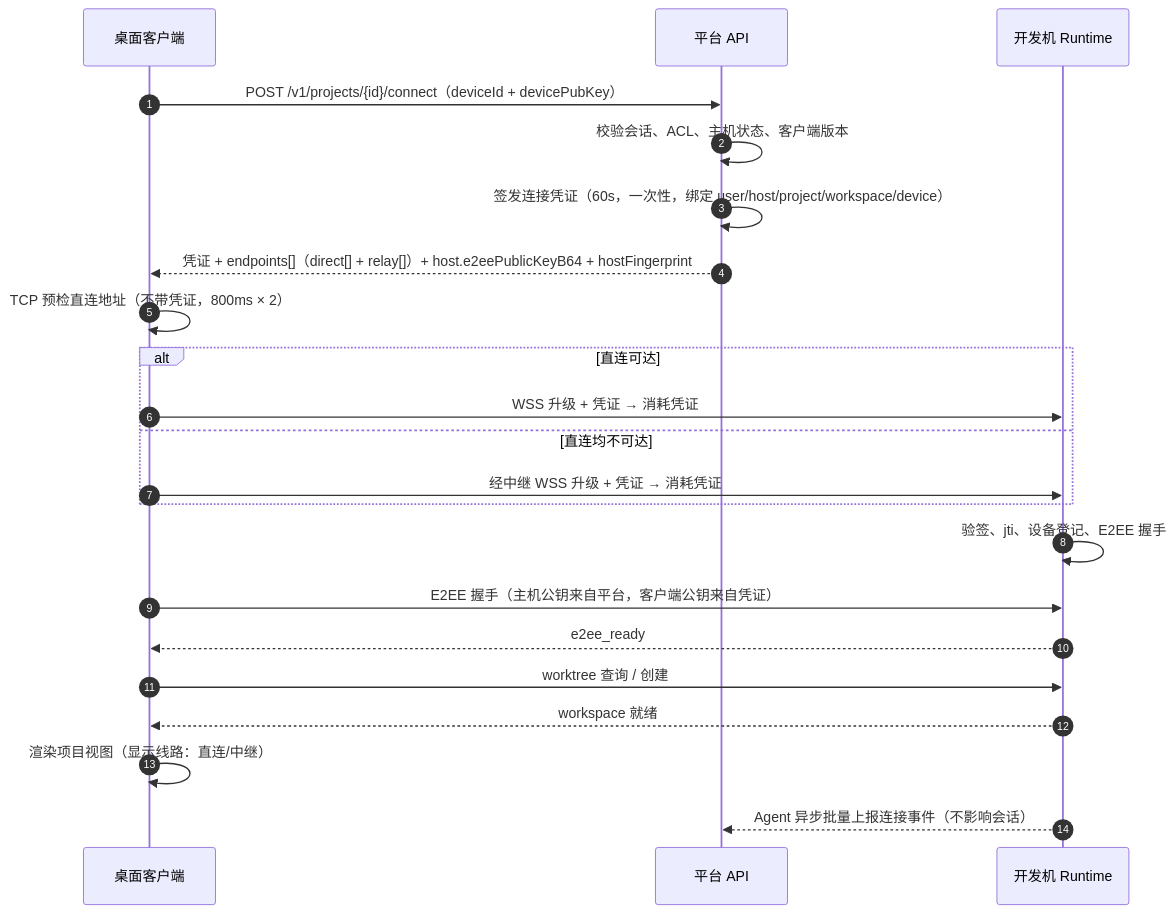
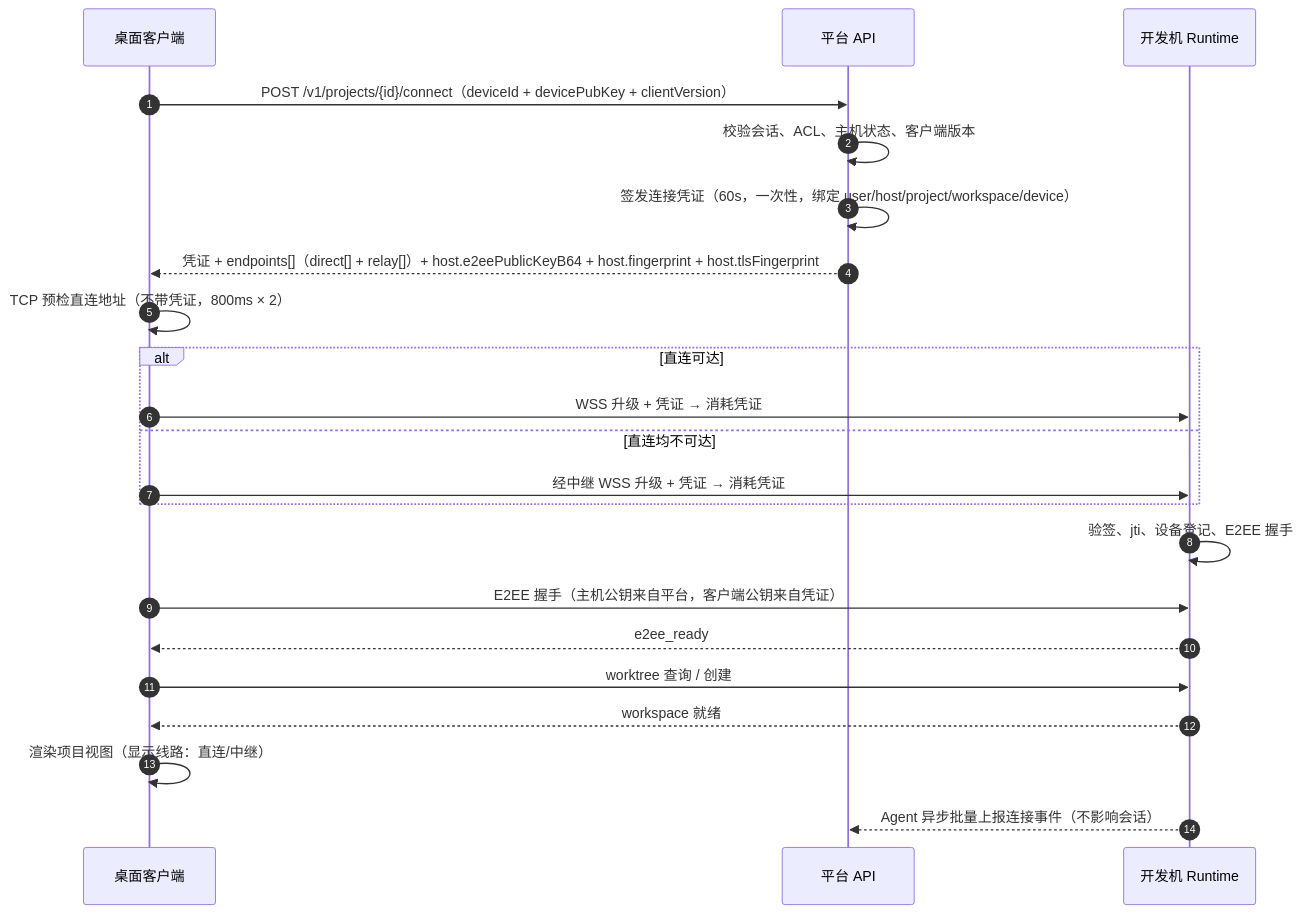
Before and after one commit to kylixs/orca: the fourth of 10 diagrams in remote-connectivity/design/2026-11-13-cloud-dev-platform/design.md, drawn with Mermaid. The commit also changed other lines of this file and 16 other files, not shown here.

````diff
--- a/remote-connectivity/design/2026-11-13-cloud-dev-platform/design.md
+++ b/remote-connectivity/design/2026-11-13-cloud-dev-platform/design.md
@@ -403,25 +404,25 @@
 ```mermaid
 sequenceDiagram
   autonumber
   participant C as 桌面客户端
   participant A as 平台 API
   participant H as 开发机 Runtime
 
-  C->>A: POST /v1/projects/{id}/connect（deviceId + devicePubKey）
+  C->>A: POST /v1/projects/{id}/connect（deviceId + devicePubKey + clientVersion）
   A->>A: 校验会话、ACL、主机状态、客户端版本
   A->>A: 签发连接凭证（60s，一次性，绑定 user/host/project/workspace/device）
-  A-->>C: 凭证 + endpoints[]（direct[] + relay[]）+ host.e2eePublicKeyB64 + hostFingerprint
+  A-->>C: 凭证 + endpoints[]（direct[] + relay[]）+ host.e2eePublicKeyB64 + host.fingerprint + host.tlsFingerprint
   C->>C: TCP 预检直连地址（不带凭证，800ms × 2）
   alt 直连可达
     C->>H: WSS 升级 + 凭证 → 消耗凭证
   else 直连均不可达
     C->>H: 经中继 WSS 升级 + 凭证 → 消耗凭证
   end
   H->>H: 验签、jti、设备登记、E2EE 握手
   C->>H: E2EE 握手（主机公钥来自平台，客户端公钥来自凭证）
   H-->>C: e2ee_ready
   C->>H: worktree 查询 / 创建
   H-->>C: workspace 就绪
   C->>C: 渲染项目视图（显示线路：直连/中继）
   H-->>A: Agent 异步批量上报连接事件（不影响会话）
 ```
````
